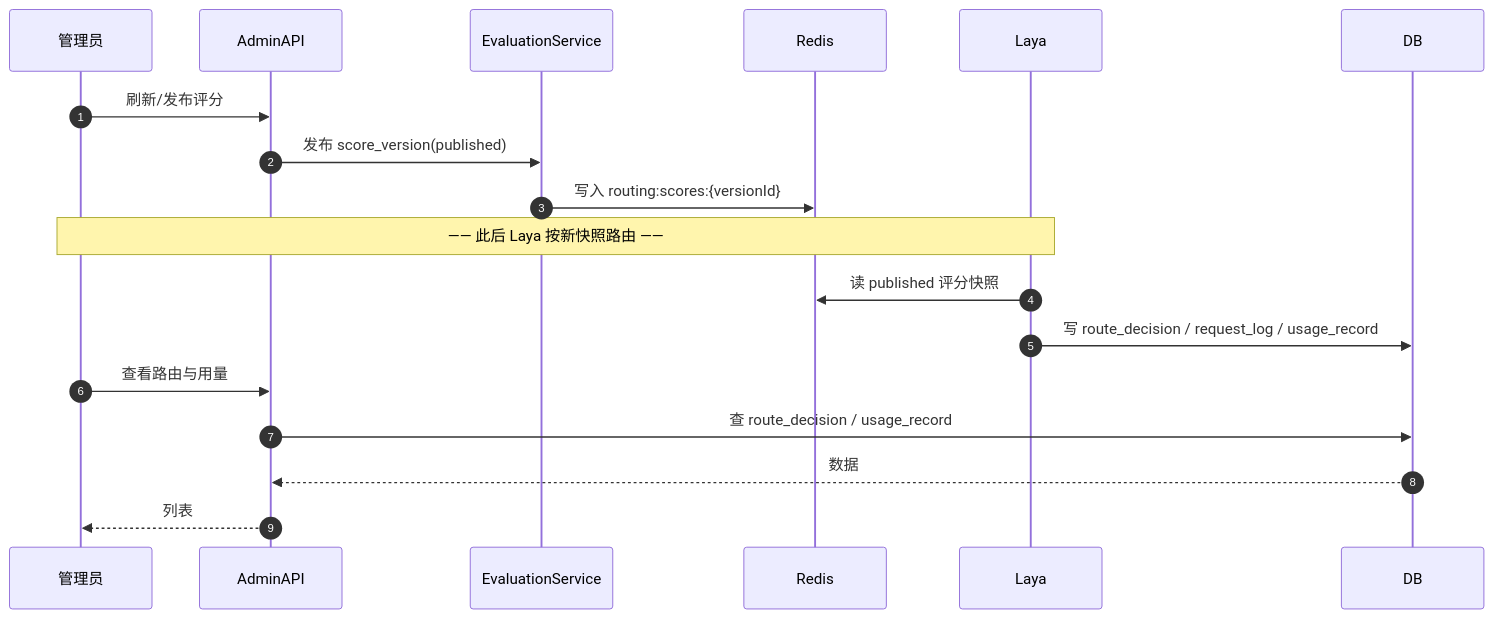
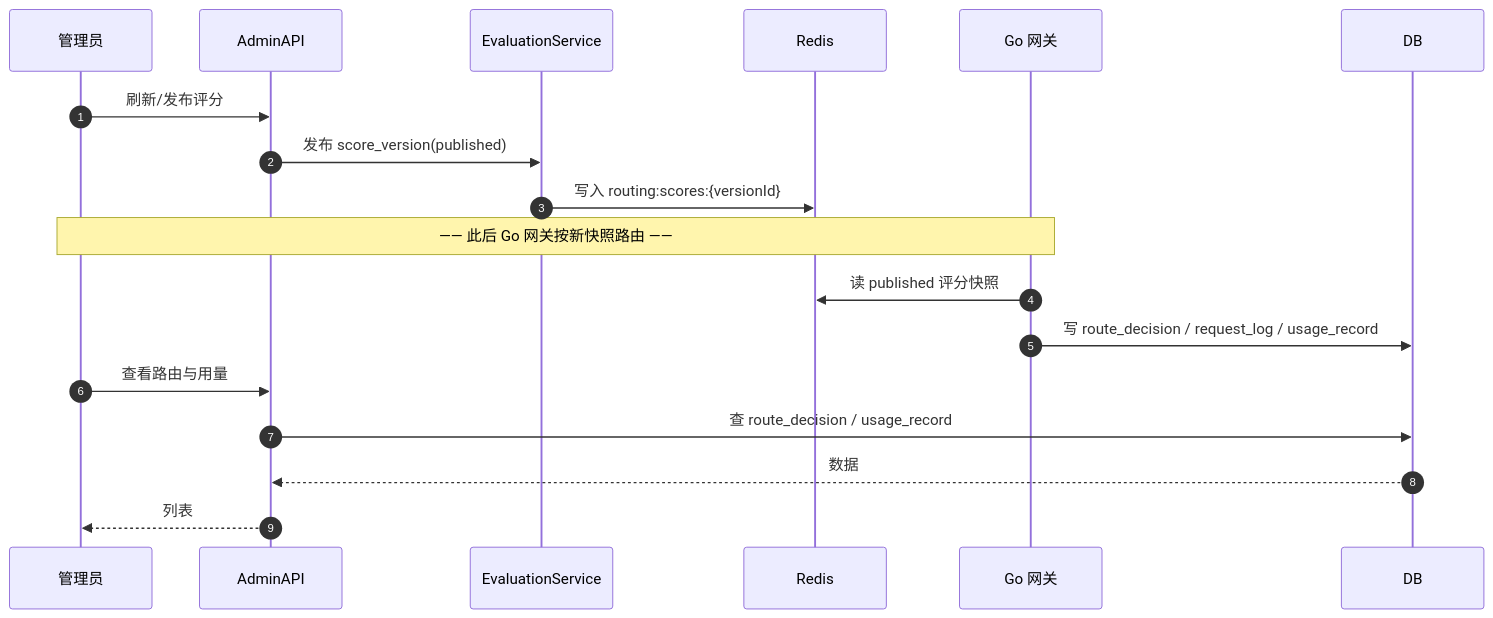
Diagram 11 of 11 in docs/design-admin-platform.md (hchw/slogan), drawn with Mermaid before and after one commit. The commit also changed other lines of this file and 126 other files, not shown here.

````diff
--- a/docs/design-admin-platform.md
+++ b/docs/design-admin-platform.md
@@ -962,20 +969,20 @@
 ```mermaid
 sequenceDiagram
     autonumber
     participant A as 管理员
     participant AD as AdminAPI
     participant ES as EvaluationService
     participant R as Redis
-    participant L as Laya
+    participant L as Go 网关
     participant DB as DB
     A->>AD: 刷新/发布评分
     AD->>ES: 发布 score_version(published)
     ES->>R: 写入 routing:scores:{versionId}
-    Note over A,L: —— 此后 Laya 按新快照路由 ——
+    Note over A,L: —— 此后 Go 网关按新快照路由 ——
     L->>R: 读 published 评分快照
     L->>DB: 写 route_decision / request_log / usage_record
     A->>AD: 查看路由与用量
     AD->>DB: 查 route_decision / usage_record
     DB-->>AD: 数据
     AD-->>A: 列表
 ```
````
